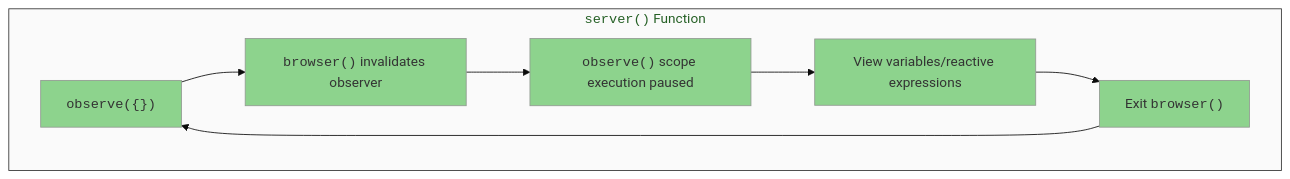
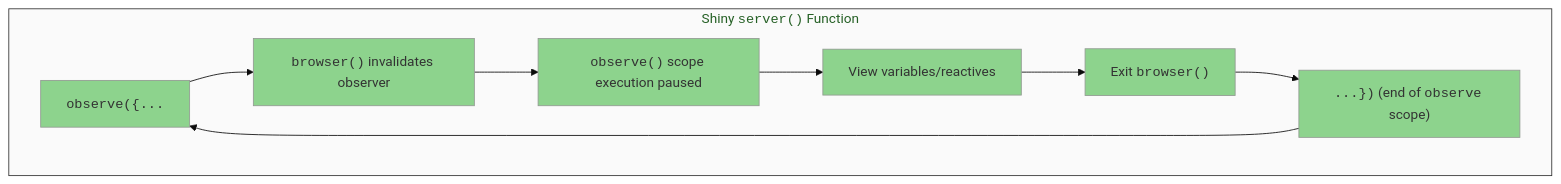
The second of 2 diagrams in debug_explore.qmd (mjfrigaard/shiny-app-pkgs), drawn with Mermaid before and after one commit. The commit also changed other lines of this file and 40 other files, not shown here.

````diff
--- a/debug_explore.qmd
+++ b/debug_explore.qmd
@@ -163,18 +224,19 @@
 ```{mermaid}
 %%| label: function_observe_browser
 %%| fig-width: 5.0
 %%| fig-align: center
 %%| fig-cap: '`observe()` and `browser()` functions'
 %%{init: {'theme': 'base', 'themeVariables': { 'fontFamily': 'Inconsolata', 'primaryColor': '#8dd38d', 'edgeLabelBackground':'#ffd700'}}}%%
 flowchart TD
-    subgraph shinyServer["<code>server()</code> Function"]
-        S1["<code>observe({})</code>"]
+    subgraph shinyServer["Shiny <code>server()</code> Function"]
+        S1["<code>observe({...</code>"]
         S1 --> S2["<code>browser()</code> invalidates observer"]
         S2 --> S3["<code>observe()</code> scope execution paused"]
-        S3 --> S4["View variables/reactive expressions"]
+        S3 --> S4["View variables/reactives"]
         S4 --> S5["Exit <code>browser()</code>"]
-        S5 --> S1
+        S5 --> S6["<code>...})</code> (end of <code>observe</code> scope)"]
+        S6 --> S1
     end
     
     style shinyServer fill:#fafafa,stroke:#333,stroke-width:1px
 ```
````
